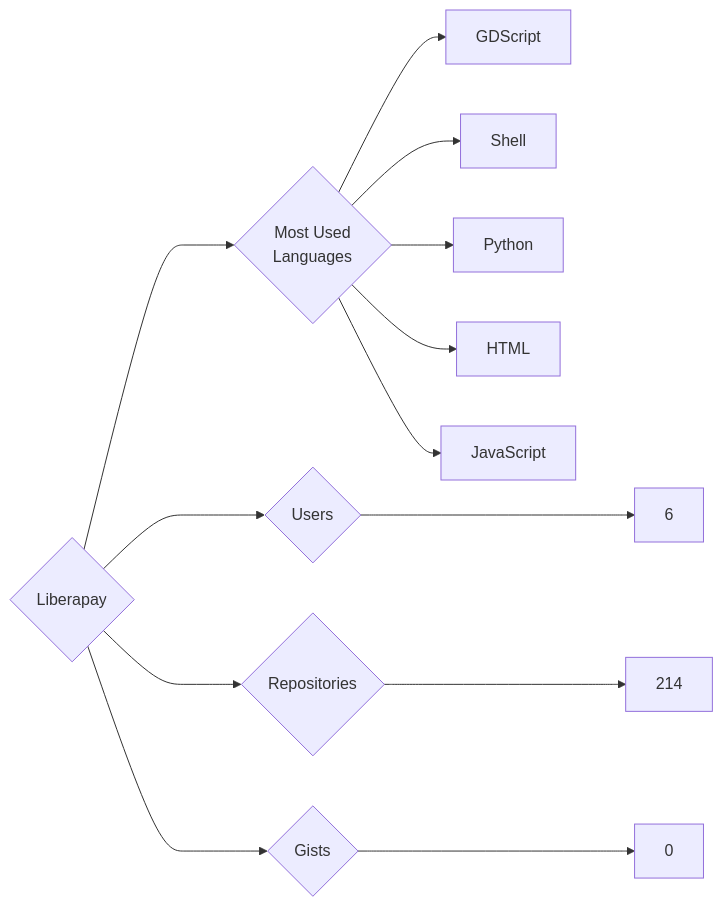
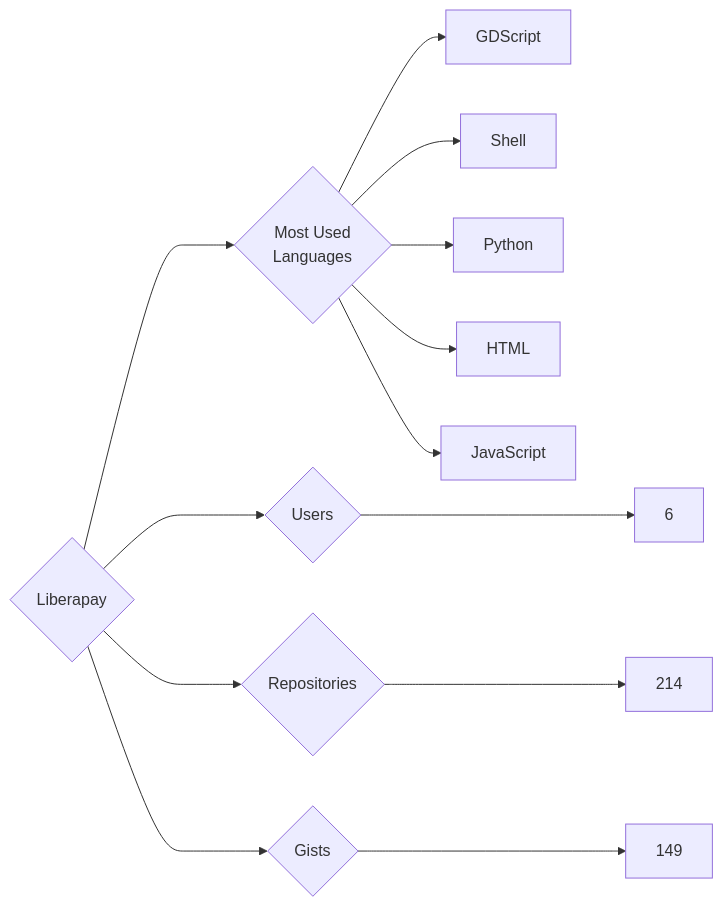
The diagram in targets/Liberapay/README.md (trickest/insiders), drawn with Mermaid before and after one commit. The commit also changed 984 other files, not shown here.

````diff
--- a/targets/Liberapay/README.md
+++ b/targets/Liberapay/README.md
@@ -3,13 +3,13 @@
 ```mermaid
 graph LR
 COMPANY_NAME{Liberapay}
 COMPANY_NAME ---> U{Users} ---> UN[6]
 COMPANY_NAME ---> R{Repositories} ---> RN[214]
-COMPANY_NAME ---> G{Gists} ---> GN[0]
+COMPANY_NAME ---> G{Gists} ---> GN[149]
 COMPANY_NAME ---> ML{Most Used<br>Languages}
 ML --> GDScript[GDScript]
 ML --> Shell[Shell]
 ML --> Python[Python]
 ML --> HTML[HTML]
 ML --> JavaScript[JavaScript]
 ```
````
